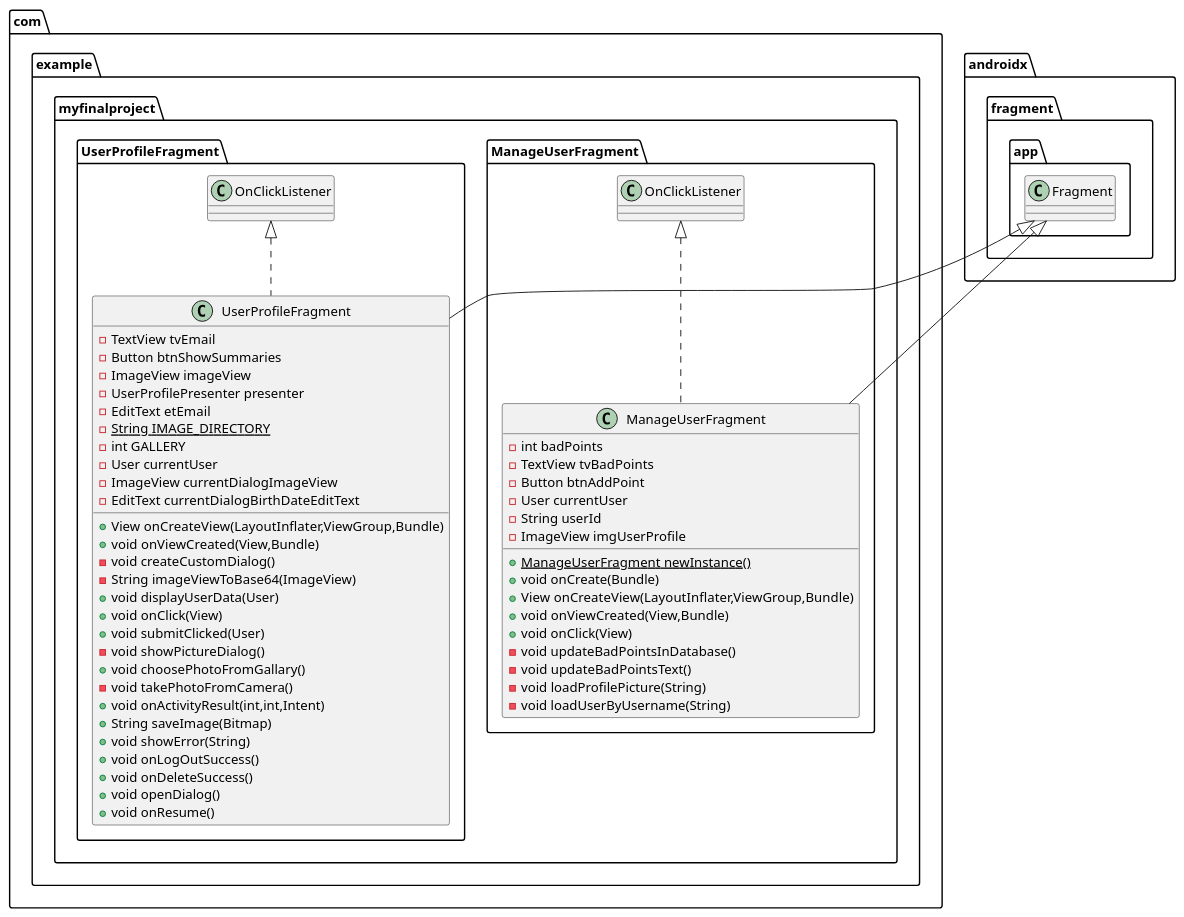
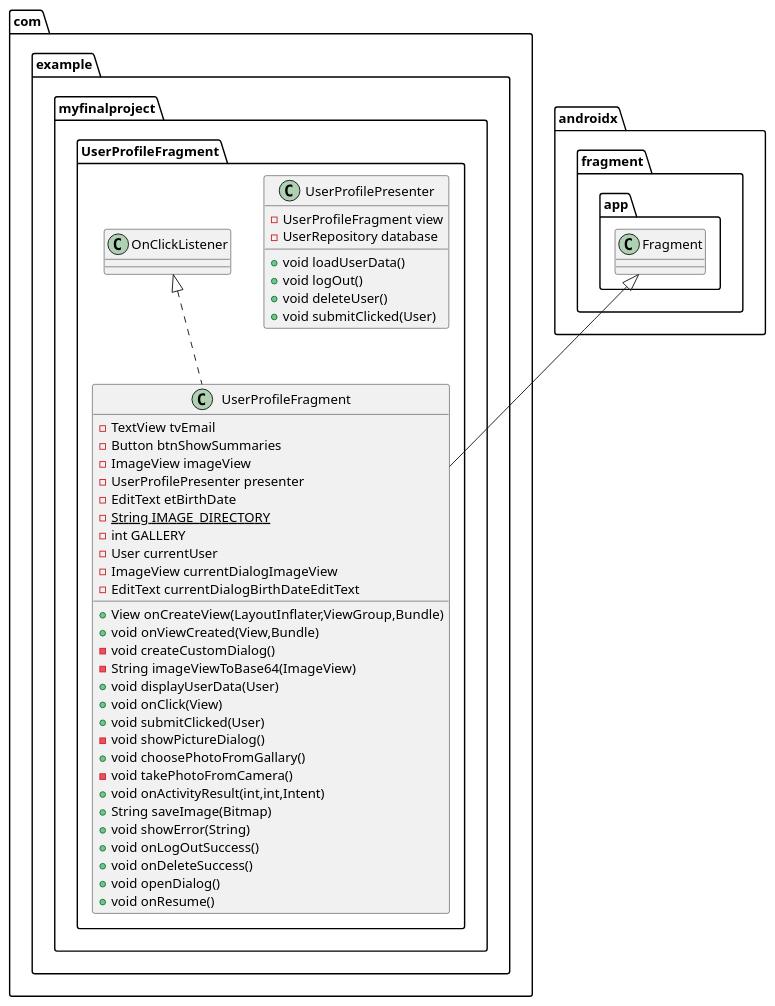
Before and after one commit to HilaLevy0409/myFinalProject: the diagram in USER.puml, drawn with PlantUML. The commit also changed 65 other files, not shown here.

```diff
--- a/USER.puml
+++ b/USER.puml
@@ -1,58 +1,47 @@
 @startuml
-class com.example.myfinalproject.ManageUserFragment.ManageUserFragment {
-- int badPoints
-- TextView tvBadPoints
-- Button btnAddPoint
-- User currentUser
-- String userId
-- ImageView imgUserProfile
-+ {static} ManageUserFragment newInstance()
-+ void onCreate(Bundle)
-+ View onCreateView(LayoutInflater,ViewGroup,Bundle)
-+ void onViewCreated(View,Bundle)
-+ void onClick(View)
-- void updateBadPointsInDatabase()
-- void updateBadPointsText()
-- void loadProfilePicture(String)
-- void loadUserByUsername(String)
+class com.example.myfinalproject.UserProfileFragment.UserProfilePresenter {
+- UserProfileFragment view
+- UserRepository database
++ void loadUserData()
++ void logOut()
++ void deleteUser()
++ void submitClicked(User)
 }
 
 
 class com.example.myfinalproject.UserProfileFragment.UserProfileFragment {
 - TextView tvEmail
 - Button btnShowSummaries
 - ImageView imageView
 - UserProfilePresenter presenter
-- EditText etEmail
+- EditText etBirthDate
 - {static} String IMAGE_DIRECTORY
 - int GALLERY
 - User currentUser
 - ImageView currentDialogImageView
 - EditText currentDialogBirthDateEditText
 + View onCreateView(LayoutInflater,ViewGroup,Bundle)
 + void onViewCreated(View,Bundle)
 - void createCustomDialog()
 - String imageViewToBase64(ImageView)
 + void displayUserData(User)
 + void onClick(View)
 + void submitClicked(User)
 - void showPictureDialog()
 + void choosePhotoFromGallary()
 - void takePhotoFromCamera()
 + void onActivityResult(int,int,Intent)
 + String saveImage(Bitmap)
 + void showError(String)
 + void onLogOutSuccess()
 + void onDeleteSuccess()
 + void openDialog()
 + void onResume()
 }
 
 
 
 
-com.example.myfinalproject.ManageUserFragment.OnClickListener <|.. com.example.myfinalproject.ManageUserFragment.ManageUserFragment
-androidx.fragment.app.Fragment <|-- com.example.myfinalproject.ManageUserFragment.ManageUserFragment
 com.example.myfinalproject.UserProfileFragment.OnClickListener <|.. com.example.myfinalproject.UserProfileFragment.UserProfileFragment
 androidx.fragment.app.Fragment <|-- com.example.myfinalproject.UserProfileFragment.UserProfileFragment
 @enduml
```
